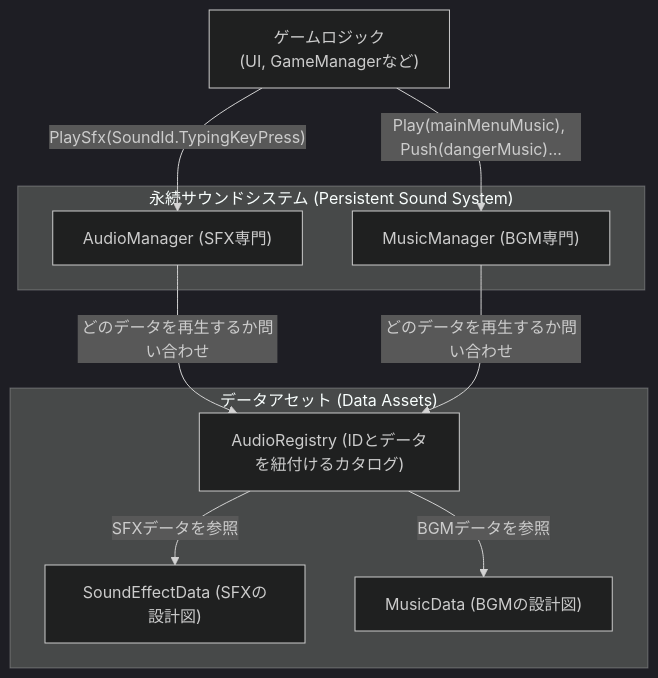
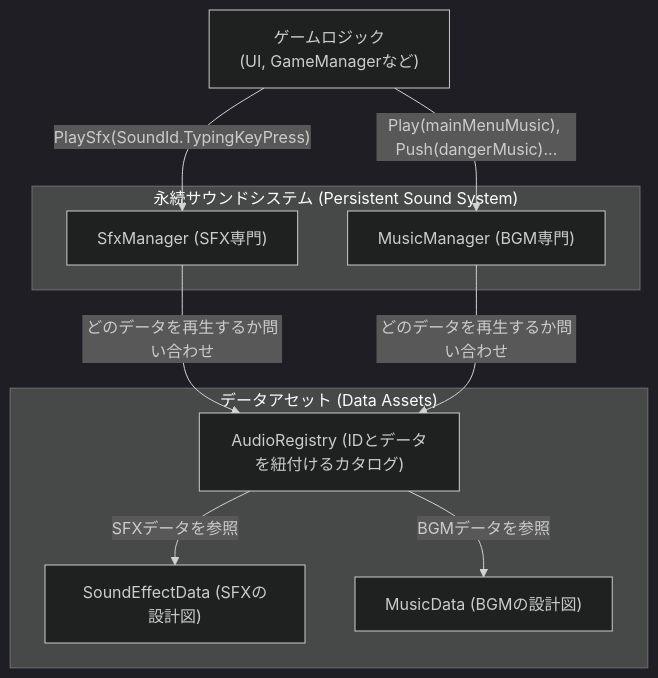
The diagram in Assets/_Project/Features/Core/Audio/Effect-and-Audio-Design.md (C4P3/TypingSurvivor), drawn with Mermaid (dark theme) before and after one commit. The commit also changed other lines of this file and 98 other files, not shown here.

````diff
--- a/Assets/_Project/Features/Core/Audio/Effect-and-Audio-Design.md
+++ b/Assets/_Project/Features/Core/Audio/Effect-and-Audio-Design.md
@@ -22,24 +22,24 @@
 ```mermaid
 graph TD
     subgraph "永続サウンドシステム (Persistent Sound System)"
-        AudioManager["AudioManager (SFX専門)"]
+        SfxManager["SfxManager (SFX専門)"]
         MusicManager["MusicManager (BGM専門)"]
     end
 
     subgraph "データアセット (Data Assets)"
         SoundEffectData["SoundEffectData (SFXの設計図)"]
         MusicData["MusicData (BGMの設計図)"]
         AudioRegistry["AudioRegistry (IDとデータを紐付けるカタログ)"]
     end
 
     GameLogic["ゲームロジック<br>(UI, GameManagerなど)"]
 
     AudioRegistry -- "SFXデータを参照" --> SoundEffectData
     AudioRegistry -- "BGMデータを参照" --> MusicData
 
-    GameLogic -- "PlaySfx(SoundId.TypingKeyPress)" --> AudioManager
+    GameLogic -- "PlaySfx(SoundId.TypingKeyPress)" --> SfxManager
     GameLogic -- "Play(mainMenuMusic), Push(dangerMusic)..." --> MusicManager
     
-    AudioManager -- "どのデータを再生するか問い合わせ" --> AudioRegistry
+    SfxManager -- "どのデータを再生するか問い合わせ" --> AudioRegistry
     MusicManager -- "どのデータを再生するか問い合わせ" --> AudioRegistry
 ```
````
